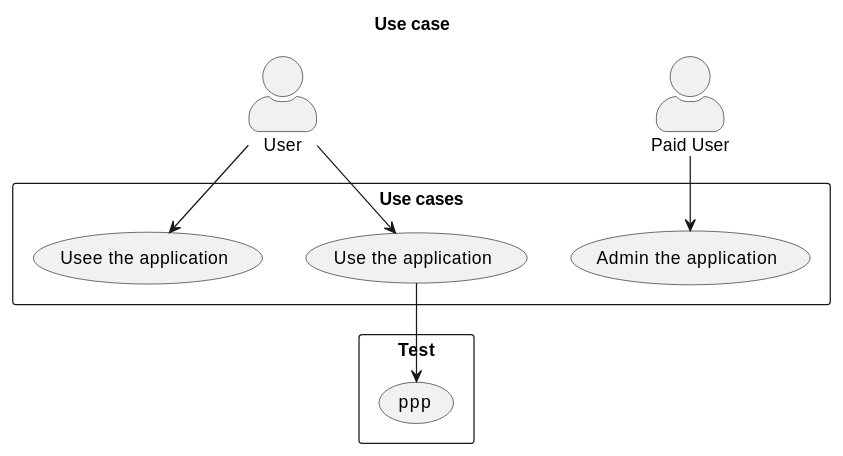
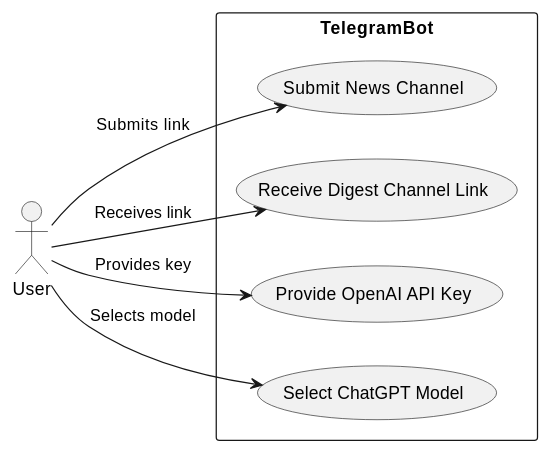
The first of 10 diagrams in diagrams.md (Jorge3129/channelify-bot), drawn with PlantUML before and after one commit. The commit also changed other lines of this file, not shown here.

Commit message:
diagrams: use-case and sequence

````diff
--- a/diagrams.md
+++ b/diagrams.md
@@ -2,16 +3,19 @@
 ```plantuml
-skinparam actorStyle awesome
-title "Use case"
-actor User as u
-actor "Paid User" as p
-rectangle "Use cases" {
-	(Use the application) as U
-	u --> U
-	u --> (Usee the application)
-	p --> (Admin the application)
+@startuml
+left to right direction
+actor User
+
+rectangle TelegramBot {
+  usecase "Submit News Channel" as UC1
+  usecase "Receive Digest Channel Link" as UC2
+  usecase "Provide OpenAI API Key" as UC3
+  usecase "Select ChatGPT Model" as UC4
 }
 
-rectangle "Test" {
-	U --> (ppp)
-}
+User --> UC1 : Submits link
+User --> UC2 : Receives link
+User --> UC3 : Provides key
+User --> UC4 : Selects model
+@enduml
+
 ```
````
